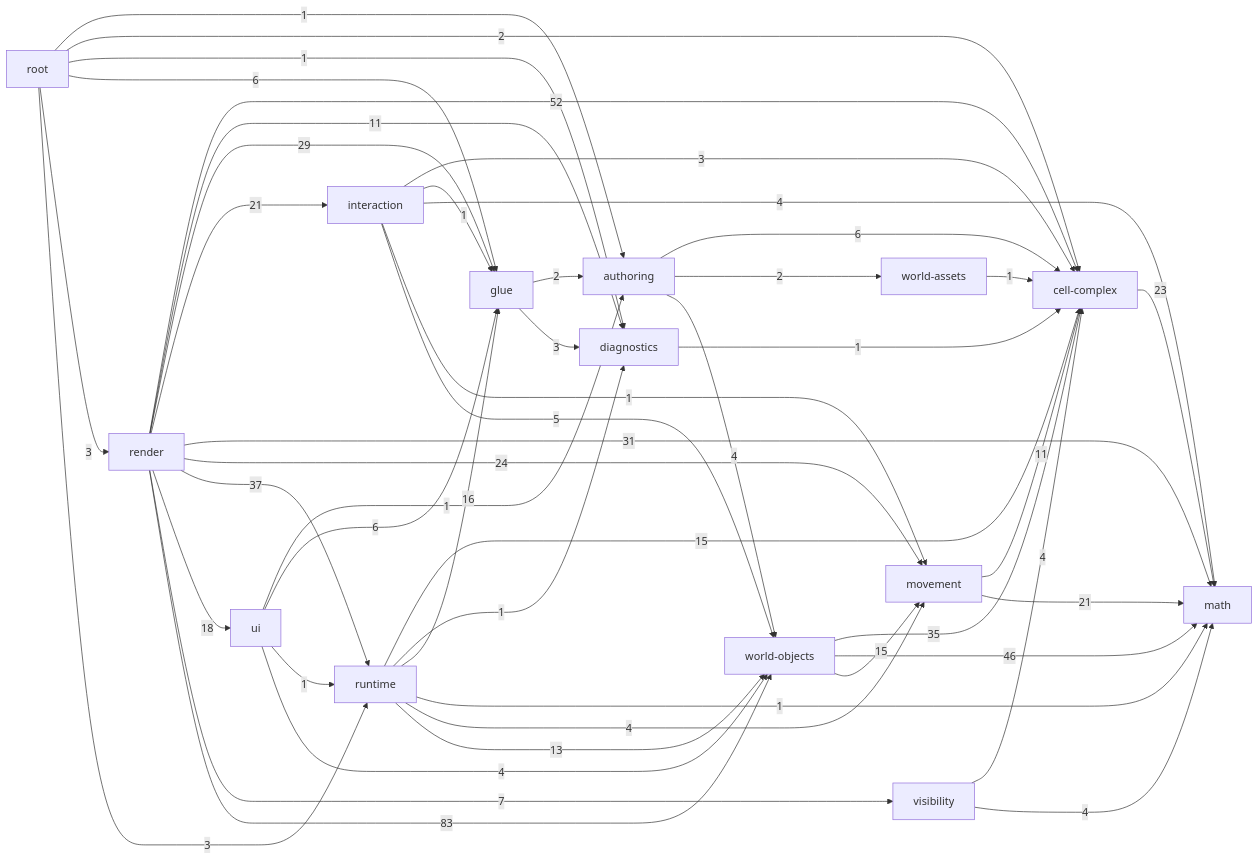
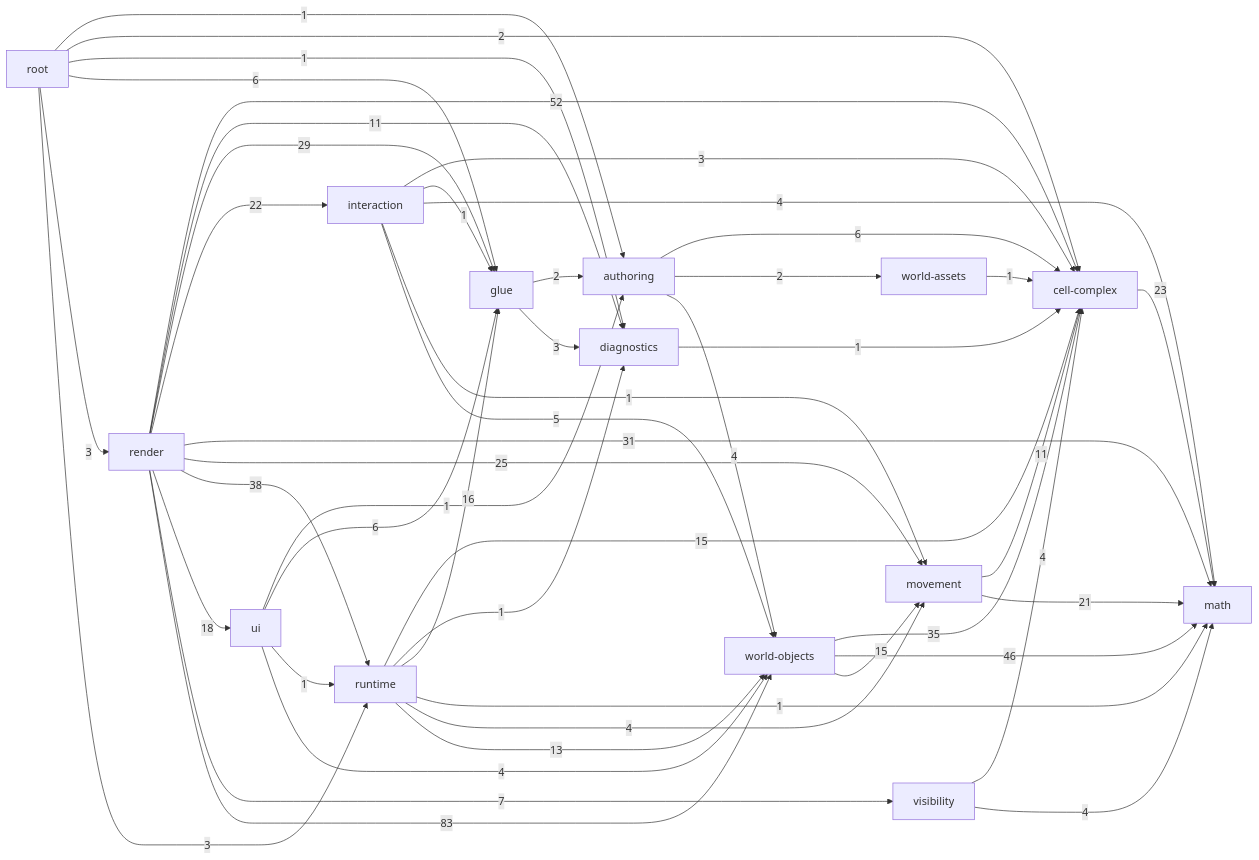
Before and after one commit to guraltsev/noneuclid-fpv: the diagram in _docs/generated/ARCHITECTURE_REFERENCE.md, drawn with Mermaid. The commit also changed other lines of this file and 5 other files, not shown here.

````diff
--- a/_docs/generated/ARCHITECTURE_REFERENCE.md
+++ b/_docs/generated/ARCHITECTURE_REFERENCE.md
@@ -35,63 +35,63 @@
 ```mermaid
 flowchart LR
   math["math"]
   cell_complex["cell-complex"]
   diagnostics["diagnostics"]
   visibility["visibility"]
   movement["movement"]
   world_assets["world-assets"]
   world_objects["world-objects"]
   authoring["authoring"]
   glue["glue"]
   interaction["interaction"]
   runtime["runtime"]
   ui["ui"]
   render["render"]
   root["root"]
   authoring -->|6| cell_complex
   authoring -->|2| world_assets
   authoring -->|4| world_objects
   cell_complex -->|23| math
   diagnostics -->|1| cell_complex
   glue -->|2| authoring
   glue -->|3| diagnostics
   interaction -->|3| cell_complex
   interaction -->|1| glue
   interaction -->|4| math
   interaction -->|1| movement
   interaction -->|5| world_objects
   movement -->|11| cell_complex
   movement -->|21| math
   render -->|52| cell_complex
   render -->|11| diagnostics
   render -->|29| glue
-  render -->|21| interaction
+  render -->|22| interaction
   render -->|31| math
-  render -->|24| movement
-  render -->|37| runtime
+  render -->|25| movement
+  render -->|38| runtime
   render -->|18| ui
   render -->|7| visibility
   render -->|83| world_objects
   root -->|1| authoring
   root -->|2| cell_complex
   root -->|1| diagnostics
   root -->|6| glue
   root -->|3| render
   root -->|3| runtime
   runtime -->|15| cell_complex
   runtime -->|1| diagnostics
   runtime -->|16| glue
   runtime -->|1| math
   runtime -->|4| movement
   runtime -->|13| world_objects
   ui -->|1| authoring
   ui -->|6| glue
   ui -->|1| runtime
   ui -->|4| world_objects
   visibility -->|4| cell_complex
   visibility -->|4| math
   world_assets -->|1| cell_complex
   world_objects -->|35| cell_complex
   world_objects -->|46| math
   world_objects -->|15| movement
 ```
````
